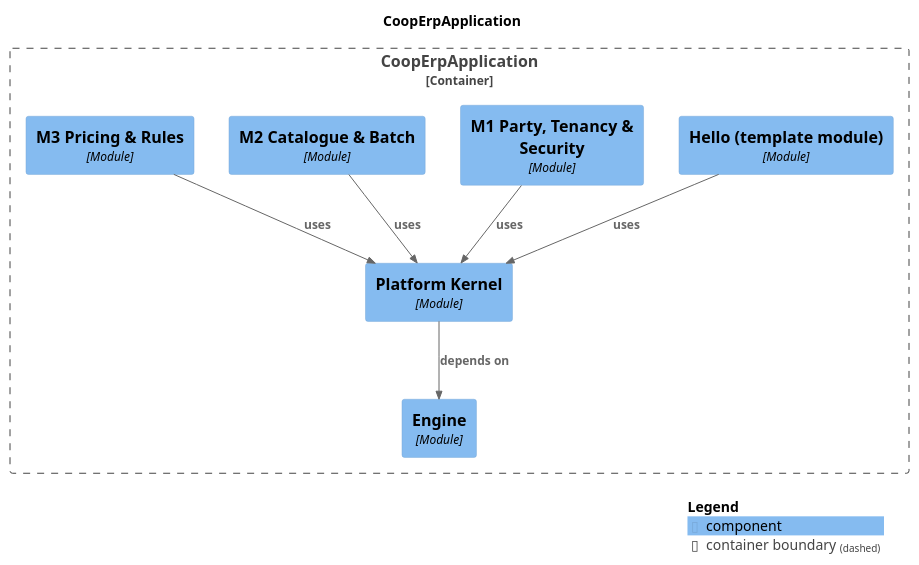
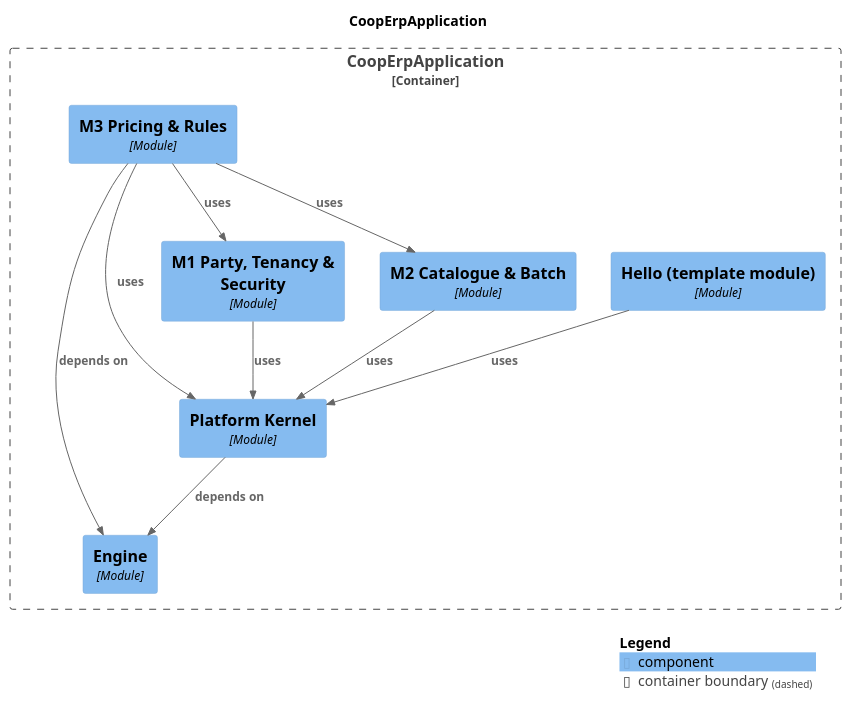
The diagram in docs/modules/components.puml (Knoweb/COOP_ERP), drawn with PlantUML before and after one commit. The commit also changed 73 other files, not shown here.

```diff
--- a/docs/modules/components.puml
+++ b/docs/modules/components.puml
@@ -1,27 +1,30 @@
 @startuml
 set separator none
 title CoopErpApplication
 
 top to bottom direction
 
 !include <C4/C4>
 !include <C4/C4_Context>
 !include <C4/C4_Component>
 
 Container_Boundary("CoopErpApplication.CoopErpApplication_boundary", "CoopErpApplication", $tags="") {
   Component(CoopErpApplication.CoopErpApplication.Engine, "Engine", $techn="Module", $descr="", $tags="", $link="")
   Component(CoopErpApplication.CoopErpApplication.PlatformKernel, "Platform Kernel", $techn="Module", $descr="", $tags="", $link="")
   Component(CoopErpApplication.CoopErpApplication.Hellotemplatemodule, "Hello (template module)", $techn="Module", $descr="", $tags="", $link="")
   Component(CoopErpApplication.CoopErpApplication.M1PartyTenancySecurity, "M1 Party, Tenancy & Security", $techn="Module", $descr="", $tags="", $link="")
   Component(CoopErpApplication.CoopErpApplication.M2CatalogueBatch, "M2 Catalogue & Batch", $techn="Module", $descr="", $tags="", $link="")
   Component(CoopErpApplication.CoopErpApplication.M3PricingRules, "M3 Pricing & Rules", $techn="Module", $descr="", $tags="", $link="")
 }
 
 Rel(CoopErpApplication.CoopErpApplication.Hellotemplatemodule, CoopErpApplication.CoopErpApplication.PlatformKernel, "uses", $techn="", $tags="", $link="")
 Rel(CoopErpApplication.CoopErpApplication.M1PartyTenancySecurity, CoopErpApplication.CoopErpApplication.PlatformKernel, "uses", $techn="", $tags="", $link="")
 Rel(CoopErpApplication.CoopErpApplication.M2CatalogueBatch, CoopErpApplication.CoopErpApplication.PlatformKernel, "uses", $techn="", $tags="", $link="")
+Rel(CoopErpApplication.CoopErpApplication.M3PricingRules, CoopErpApplication.CoopErpApplication.Engine, "depends on", $techn="", $tags="", $link="")
+Rel(CoopErpApplication.CoopErpApplication.M3PricingRules, CoopErpApplication.CoopErpApplication.M1PartyTenancySecurity, "uses", $techn="", $tags="", $link="")
+Rel(CoopErpApplication.CoopErpApplication.M3PricingRules, CoopErpApplication.CoopErpApplication.M2CatalogueBatch, "uses", $techn="", $tags="", $link="")
 Rel(CoopErpApplication.CoopErpApplication.M3PricingRules, CoopErpApplication.CoopErpApplication.PlatformKernel, "uses", $techn="", $tags="", $link="")
 Rel(CoopErpApplication.CoopErpApplication.PlatformKernel, CoopErpApplication.CoopErpApplication.Engine, "depends on", $techn="", $tags="", $link="")
 
 SHOW_LEGEND(true)
 @enduml
```
